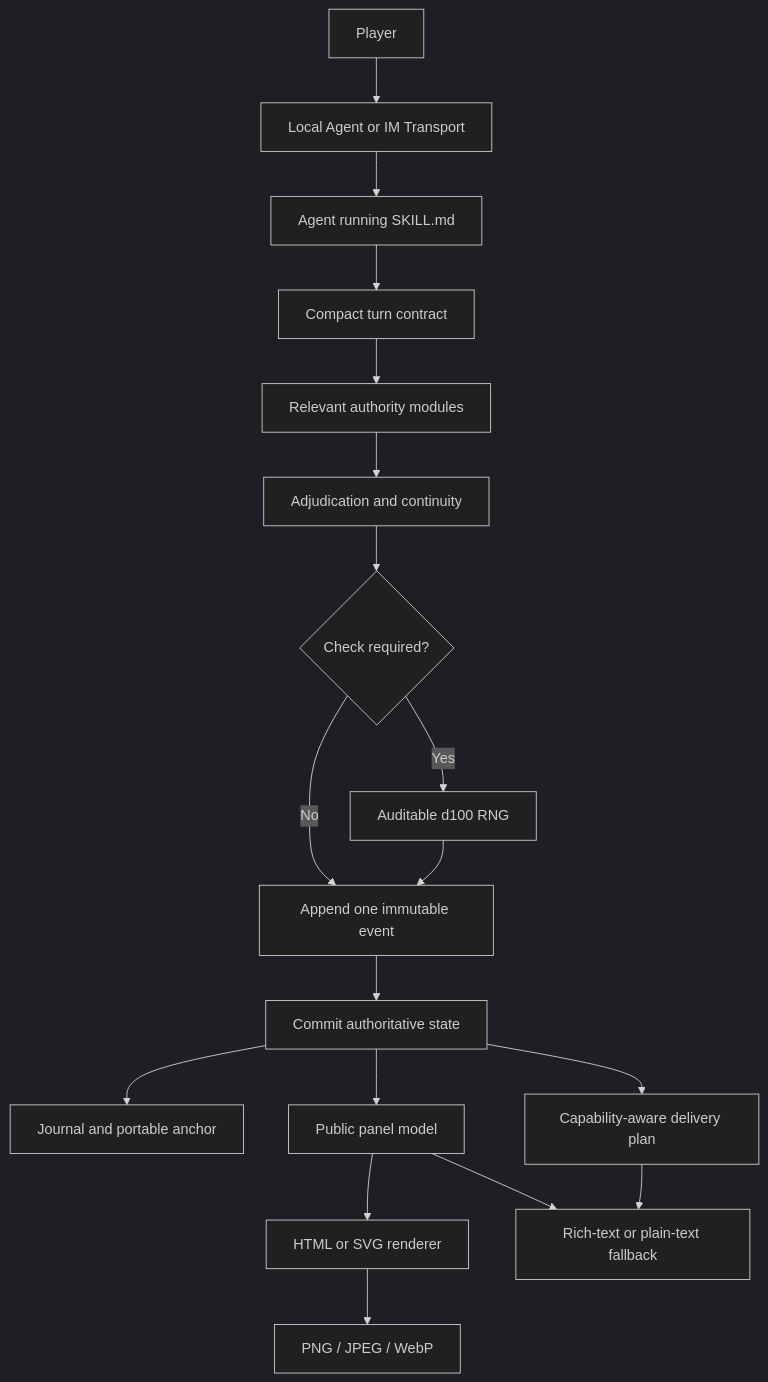
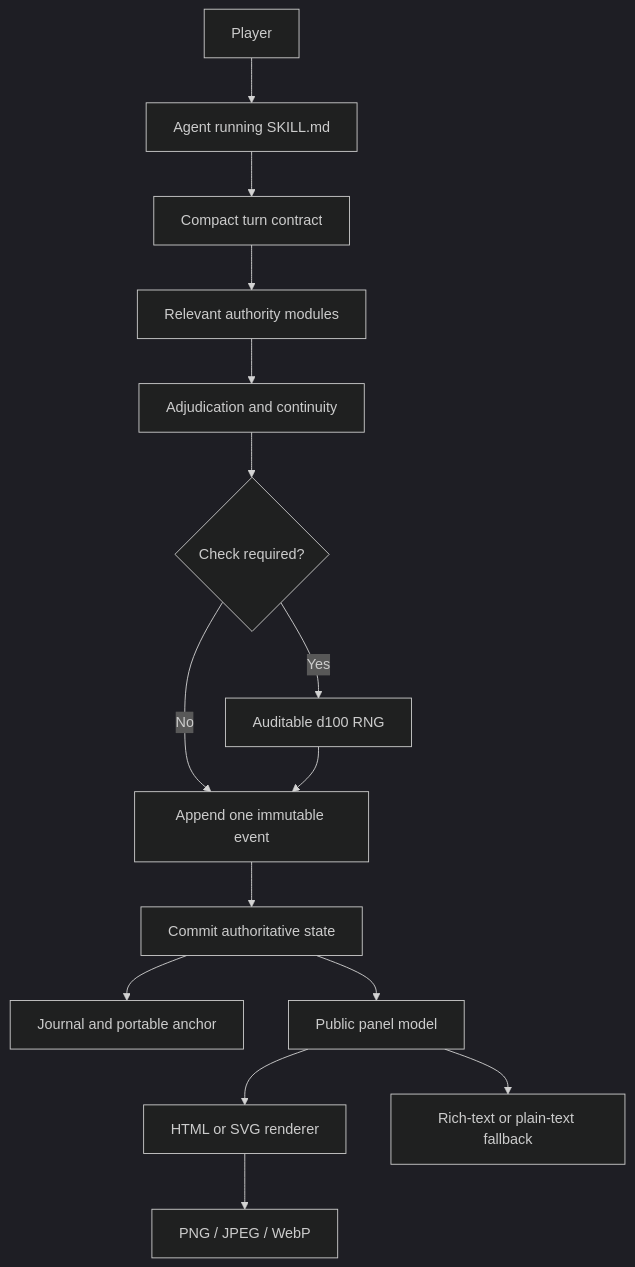
Before and after one commit to zyfayes/lotm-text-game-skill: the diagram in README.md, drawn with Mermaid (dark theme). The commit also changed other lines of this file and 26 other files, not shown here.

Commit message:
refactor: simplify skill runtime architecture

````diff
--- a/README.md
+++ b/README.md
@@ -59,20 +59,17 @@
 ```mermaid
 flowchart TD
-    U[Player] --> T[Local Agent or IM Transport]
-    T --> A[Agent running SKILL.md]
+    U[Player] --> A[Agent running SKILL.md]
     A --> Q[Compact turn contract]
     Q --> R[Relevant authority modules]
     R --> C[Adjudication and continuity]
     C --> D{Check required?}
     D -->|Yes| G[Auditable d100 RNG]
     D -->|No| E[Append one immutable event]
     G --> E
     E --> S[Commit authoritative state]
     S --> J[Journal and portable anchor]
     S --> P[Public panel model]
-    S --> O[Capability-aware delivery plan]
     P --> H[HTML or SVG renderer]
     H --> I[PNG / JPEG / WebP]
     P --> F[Rich-text or plain-text fallback]
-    O --> F
 ```
````
